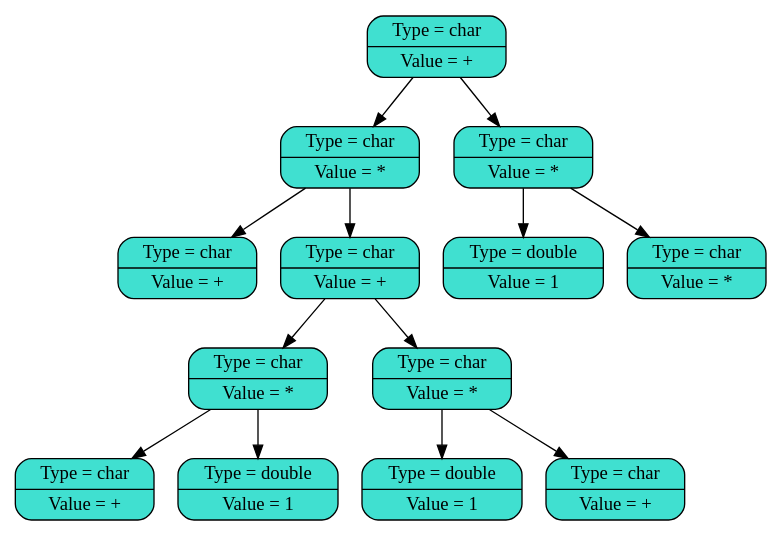
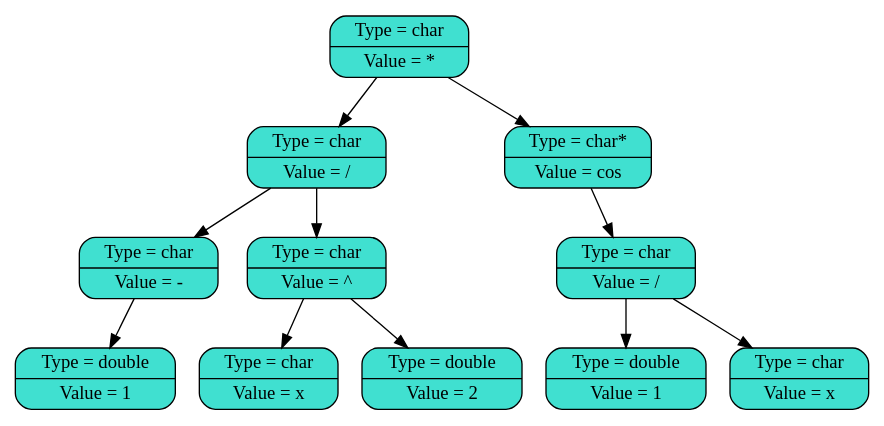
The diagram in Differentiator.dot (Kitaev2003/Differentiator), drawn with Graphviz before and after one commit. The commit also changed 8 other files, not shown here.

```diff
--- a/Differentiator.dot
+++ b/Differentiator.dot
@@ -1,30 +1,26 @@
 digraph graphname 
  {
 node [shape=record, color = "black"]; //Описание блоков графа
-	18[fillcolor = "#40e0d0", style="rounded,filled", label="{Type =  char| Value = +}"];
+	9[fillcolor = "#40e0d0", style="rounded,filled", label="{Type =  char| Value = *}"];
 //Далее работа функции BodyDump
-	21[fillcolor = "#40e0d0", style="rounded,filled", label="{Type = char| Value = *}"];
-	18->21;
-	19[fillcolor = "#40e0d0", style="rounded,filled", label="{Type = char| Value = +}"];
-	21->19;
-	23[fillcolor = "#40e0d0", style="rounded,filled", label="{Type = char| Value = +}"];
-	21->23;
-	26[fillcolor = "#40e0d0", style="rounded,filled", label="{Type = char| Value = *}"];
-	23->26;
-	24[fillcolor = "#40e0d0", style="rounded,filled", label="{Type = char| Value = +}"];
-	26->24;
-	30[fillcolor = "#40e0d0", style="rounded,filled", label="{Type = double| Value = 1}"];
-	26->30;
-	27[fillcolor = "#40e0d0", style="rounded,filled", label="{Type = char| Value = *}"];
-	23->27;
-	33[fillcolor = "#40e0d0", style="rounded,filled", label="{Type = double| Value = 1}"];
-	27->33;
-	25[fillcolor = "#40e0d0", style="rounded,filled", label="{Type = char| Value = +}"];
-	27->25;
-	22[fillcolor = "#40e0d0", style="rounded,filled", label="{Type = char| Value = *}"];
-	18->22;
-	36[fillcolor = "#40e0d0", style="rounded,filled", label="{Type = double| Value = 1}"];
-	22->36;
-	20[fillcolor = "#40e0d0", style="rounded,filled", label="{Type = char| Value = *}"];
-	22->20;
+	0[fillcolor = "#40e0d0", style="rounded,filled", label="{Type = char| Value = /}"];
+	9->0;
+	11[fillcolor = "#40e0d0", style="rounded,filled", label="{Type = char| Value = -}"];
+	0->11;
+	13[fillcolor = "#40e0d0", style="rounded,filled", label="{Type = double| Value = 1}"];
+	11->13;
+	14[fillcolor = "#40e0d0", style="rounded,filled", label="{Type = char| Value = ^}"];
+	0->14;
+	52[fillcolor = "#40e0d0", style="rounded,filled", label="{Type = char| Value = x}"];
+	14->52;
+	15[fillcolor = "#40e0d0", style="rounded,filled", label="{Type = double| Value = 2}"];
+	14->15;
+	10[fillcolor = "#40e0d0", style="rounded,filled", label="{Type = char*| Value = cos}"];
+	9->10;
+	3[fillcolor = "#40e0d0", style="rounded,filled", label="{Type = char| Value = /}"];
+	10->3;
+	2[fillcolor = "#40e0d0", style="rounded,filled", label="{Type = double| Value = 1}"];
+	3->2;
+	4[fillcolor = "#40e0d0", style="rounded,filled", label="{Type = char| Value = x}"];
+	3->4;
 }
```
